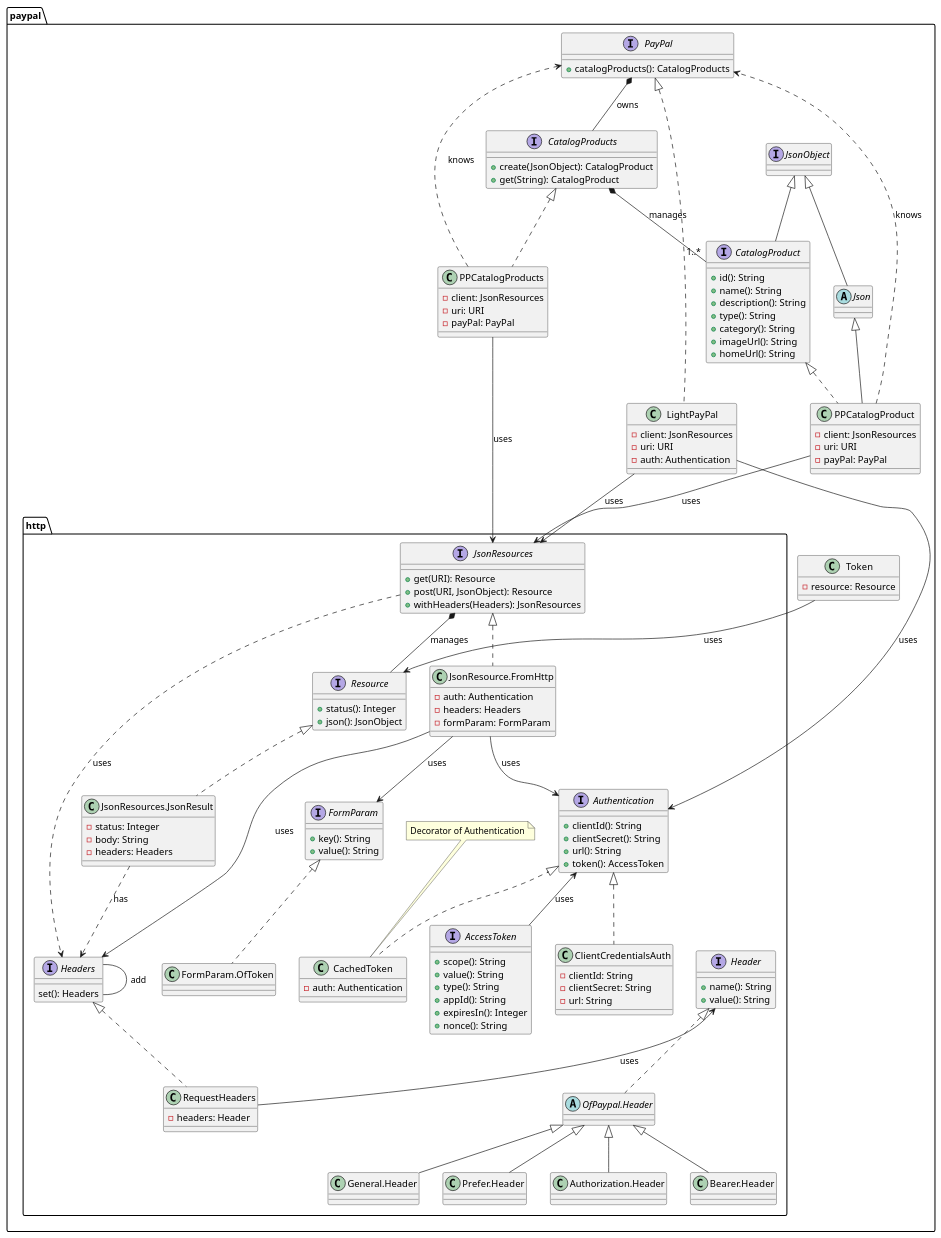
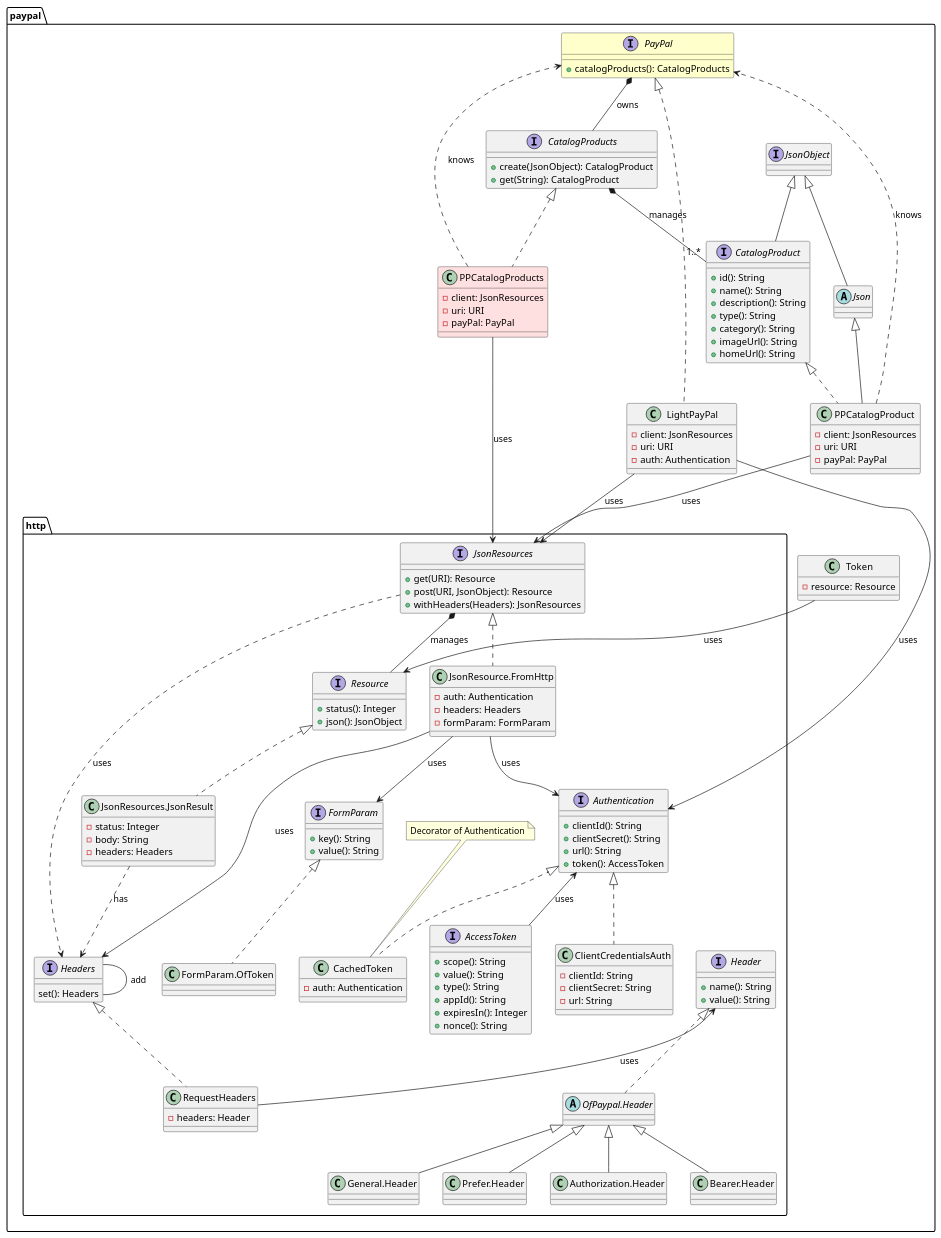
One commit to laur1208/paypal-java-api changed the diagram in src/models/paypal-abs-models.puml. Above: the diagram before and after it, drawn with PlantUML. The commit also changed 1 other file, not shown here.

Commit message:
Add diagram

```diff
--- a/src/models/paypal-abs-models.puml
+++ b/src/models/paypal-abs-models.puml
@@ -1,162 +1,162 @@
 @startuml
 
 package paypal {
 
     package http {
         interface Authentication {
             +clientId(): String
             +clientSecret(): String
             +url(): String
             +token(): AccessToken
         }
 
         interface AccessToken {
             +scope(): String
             +value(): String
             +type(): String
             +appId(): String
             +expiresIn(): Integer
             +nonce(): String
         }
         Authentication <-- AccessToken : uses
 
         interface FormParam {
             +key(): String
             +value(): String
         }
 
         class "FormParam.OfToken" as OfToken {}
         FormParam <|.. OfToken
 
         interface Header {
             +name(): String
             +value(): String
         }
         abstract class "OfPaypal.Header" as OfPaypal
         Header <|.. OfPaypal
 
         class "General.Header" as General
         OfPaypal <|-- General
         class "Prefer.Header" as Prefer
         OfPaypal <|-- Prefer
         class "Authorization.Header" as Authorization
         OfPaypal <|-- Authorization
         class "Bearer.Header" as Bearer
         OfPaypal <|-- Bearer
 
         interface Headers {
             set(): Headers
         }
         Headers -- Headers : add
 
         class RequestHeaders implements Headers {
             -headers: Header
         }
         Header <-- RequestHeaders : uses
 
         interface JsonResources {
             +get(URI): Resource
             +post(URI, JsonObject): Resource
             +withHeaders(Headers): JsonResources
         }
         JsonResources *-- Resource : manages
         JsonResources ..> Headers : uses
 
         class "JsonResource.FromHttp" as FromHttp implements JsonResources {
             -auth: Authentication
             -headers: Headers
             -formParam: FormParam
         }
         FromHttp --> Authentication : uses
         FromHttp --> Headers : uses
         FromHttp --> FormParam : uses
 
         interface Resource {
             +status(): Integer
             +json(): JsonObject
         }
 
         class "JsonResources.JsonResult" as JsonResult implements Resource {
             -status: Integer
             -body: String
             -headers: Headers
         }
         JsonResult ..> Headers : has
 
         class ClientCredentialsAuth {
             -clientId: String
             -clientSecret: String
             -url: String
 
         }
         Authentication <|.. ClientCredentialsAuth
 
         class CachedToken {
             -auth: Authentication
         }
         note top of CachedToken
            Decorator of Authentication
         end note
         Authentication <|.. CachedToken
     }
 
-    interface PayPal {
+    interface PayPal #Business {
         +catalogProducts(): CatalogProducts
     }
 
     class LightPayPal {
         -client: JsonResources
         -uri: URI
         -auth: Authentication
     }
     PayPal <|.. LightPayPal
     LightPayPal --> JsonResources : uses
     LightPayPal --> Authentication : uses
 
     PayPal *-- CatalogProducts : owns
 
     interface CatalogProducts {
         +create(JsonObject): CatalogProduct
         +get(String): CatalogProduct
     }
-    class PPCatalogProducts {
+    class PPCatalogProducts #Implementation {
         -client: JsonResources
         -uri: URI
         -payPal: PayPal
     }
     CatalogProducts <|.. PPCatalogProducts
     PPCatalogProducts --> JsonResources : uses
     PPCatalogProducts ..> PayPal : knows
 
     interface CatalogProduct {
         +id(): String
         +name(): String
         +description(): String
         +type(): String
         +category(): String
         +imageUrl(): String
         +homeUrl(): String
     }
     class PPCatalogProduct{
         -client: JsonResources
         -uri: URI
         -payPal: PayPal
     }
     CatalogProduct <|.. PPCatalogProduct
     Json <|-- PPCatalogProduct
     PPCatalogProduct --> JsonResources : uses
     PPCatalogProduct ..> PayPal : knows
 
     interface JsonObject {}
     abstract class Json extends JsonObject
     JsonObject <|-- CatalogProduct
 
     CatalogProducts *-- "1..*" CatalogProduct : manages
 
     class Token {
         -resource: Resource
     }
     Token --> Resource : uses
 }
 
 @enduml
```
